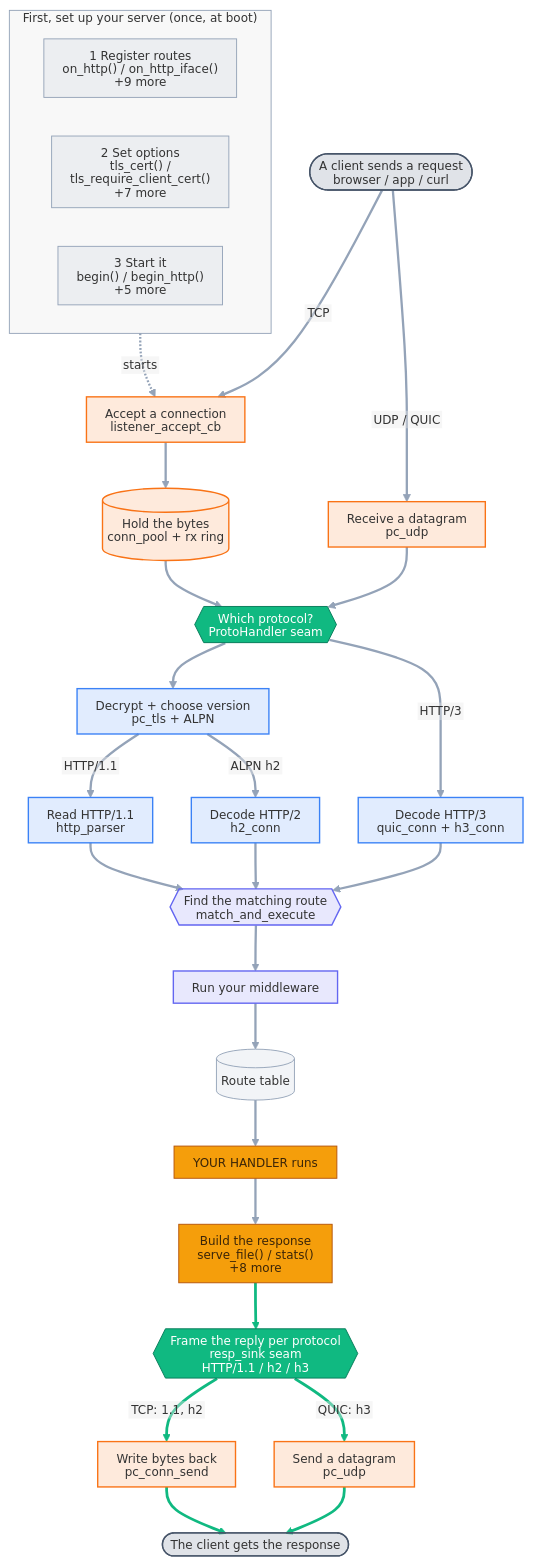
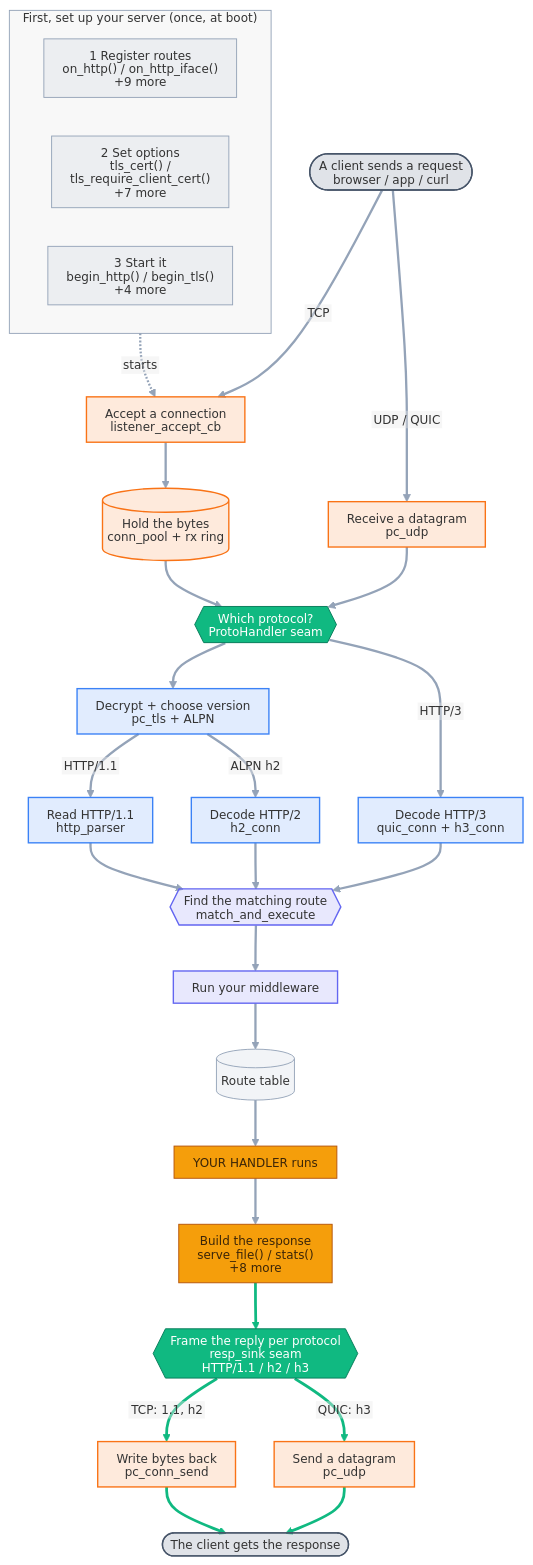
Before and after one commit to dstroy0/DeterministicESPAsyncWebServer: the diagram in docs/diagrams/api_flow.mmd, drawn with Mermaid. The commit also changed 7 other files, not shown here.

```diff
--- a/docs/diagrams/api_flow.mmd
+++ b/docs/diagrams/api_flow.mmd
@@ -1,69 +1,69 @@
 %%{init: {'htmlLabels':false,'themeVariables':{'fontFamily':'sans-serif','fontSize':'13px','lineColor':'#94a3b8'},'flowchart':{'curve':'basis','nodeSpacing':42,'rankSpacing':50,'padding':10,'useMaxWidth':true,'htmlLabels':false}}}%%
 flowchart TB
   %% Auto-generated from the public API, proto_builtins.cpp, and presentation/ on disk.
   subgraph SETUP["First, set up your server (once, at boot)"]
     direction LR
     reg["1 Register routes<br/>on_http() / on_http_iface()<br/>+9 more"]
     cfg["2 Set options<br/>tls_cert() / tls_require_client_cert()<br/>+7 more"]
-    run["3 Start it<br/>begin() / begin_http()<br/>+5 more"]
+    run["3 Start it<br/>begin_http() / begin_tls()<br/>+4 more"]
   end
 
   cin(["A client sends a request<br/>browser / app / curl"])
   listen["Accept a connection<br/>listener_accept_cb"]
   ring[("Hold the bytes<br/>conn_pool + rx ring")]
   udprx["Receive a datagram<br/>pc_udp"]
   seam{{"Which protocol?<br/>ProtoHandler seam<br/>"}}
   tls["Decrypt + choose version<br/>pc_tls + ALPN"]
   parser["Read HTTP/1.1<br/>http_parser"]
   h2["Decode HTTP/2<br/>h2_conn"]
   h3["Decode HTTP/3<br/>quic_conn + h3_conn"]
   mae{{"Find the matching route<br/>match_and_execute"}}
   mw["Run your middleware"]
   routes[("Route table")]
   handler["YOUR HANDLER runs"]
   resp["Build the response<br/>serve_file() / stats()<br/>+8 more"]
   sink{{"Frame the reply per protocol<br/>resp_sink seam<br/>HTTP/1.1 / h2 / h3"}}
   consend["Write bytes back<br/>pc_conn_send"]
   udptx["Send a datagram<br/>pc_udp"]
   cout(["The client gets the response"])
 
   run -.->|starts| listen
   cin ==>|TCP| listen
   listen --> ring
   ring --> seam
   cin ==>|UDP / QUIC| udprx
   udprx --> seam
   seam --> tls
   tls -->|HTTP/1.1| parser
   tls -->|ALPN h2| h2
   seam -->|HTTP/3| h3
   parser --> mae
   h2 --> mae
   h3 --> mae
   mae --> mw
   mw --> routes
   routes --> handler
   handler --> resp
   resp --> sink
   sink -->|TCP: 1.1, h2| consend
   sink -->|QUIC: h3| udptx
   consend ==> cout
   udptx ==> cout
 
   class cin,cout ext;
   class reg,cfg,run,routes setup;
   class listen,ring,udprx,udptx,consend l4;
   class seam,sink seam;
   class tls,parser,h2,h3 l6;
   class mae,mw l7;
   class handler,resp you;
   classDef ext fill:#64748b33,stroke:#475569,stroke-width:1.5px;
   classDef setup fill:#94a3b81f,stroke:#94a3b8;
   classDef l4 fill:#f9731626,stroke:#f97316,stroke-width:1.5px;
   classDef seam fill:#10b981,stroke:#047857,color:#ffffff;
   classDef l6 fill:#3b82f626,stroke:#3b82f6,stroke-width:1.5px;
   classDef l7 fill:#6366f126,stroke:#6366f1,stroke-width:1.5px;
   classDef you fill:#f59e0b,stroke:#b45309,color:#3b2508;
   style SETUP fill:#8888880f,stroke:#94a3b8,stroke-width:1px;
   linkStyle default stroke-width:2.5px;
   linkStyle 17,18,19,20,21 stroke:#10b981,stroke-width:3px;
```
